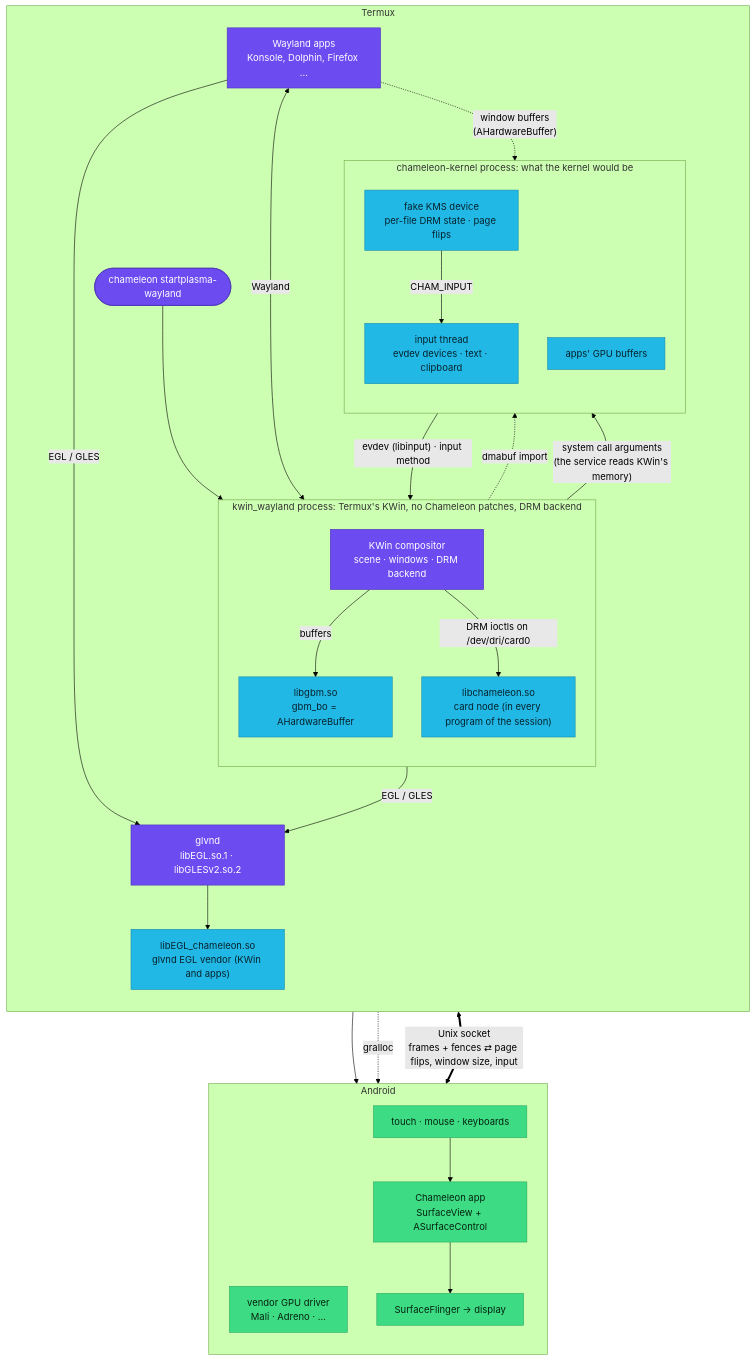
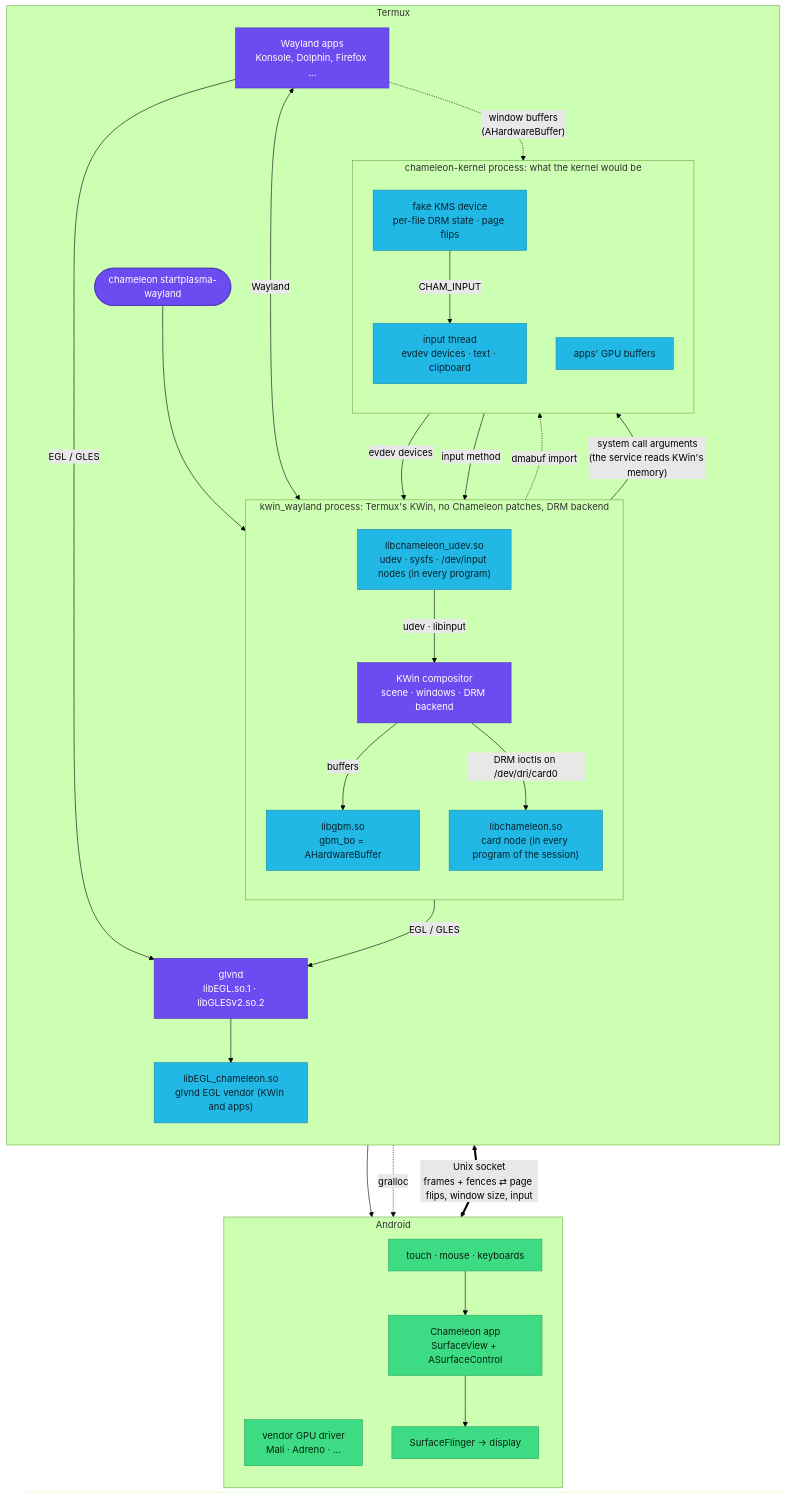
The first of 4 diagrams in README.md (HarryL0L/Project-Chameleon), drawn with Mermaid (forest theme) before and after one commit. The commit also changed other lines of this file, not shown here.

````diff
--- a/README.md
+++ b/README.md
@@ -44,53 +44,55 @@
 ```mermaid
 flowchart TB
     subgraph T["Termux"]
         direction TB
         CMD(["chameleon startplasma-wayland"])
         APPS["Wayland apps<br/>Konsole, Dolphin, Firefox …"]
         subgraph K["kwin_wayland process: Termux's KWin, no Chameleon patches, DRM backend"]
             direction TB
             CORE["KWin compositor<br/>scene · windows · DRM backend"]
             GBM["libgbm.so<br/>gbm_bo = AHardwareBuffer"]
             NODE["libchameleon.so<br/>card node (in every program of the session)"]
+            UDEV["libchameleon_udev.so<br/>udev · sysfs · /dev/input nodes (in every program)"]
         end
         subgraph KS["chameleon-kernel process: what the kernel would be"]
             direction TB
             KMS["fake KMS device<br/>per-file DRM state · page flips"]
             INP["input thread<br/>evdev devices · text · clipboard"]
             REG["apps' GPU buffers"]
         end
         GLVND["glvnd<br/>libEGL.so.1 · libGLESv2.so.2"]
         VEND["libEGL_chameleon.so<br/>glvnd EGL vendor (KWin and apps)"]
     end
 
     subgraph A["Android"]
         direction TB
         DRV["vendor GPU driver<br/>Mali · Adreno · …"]
         APP["Chameleon app<br/>SurfaceView + ASurfaceControl"]
         SF["SurfaceFlinger → display"]
         TOUCH["touch · mouse · keyboards"]
     end
 
     CMD --> CORE
     APPS <-->|Wayland| CORE
     APPS -->|EGL / GLES| GLVND
     APPS -.->|"window buffers<br/>(AHardwareBuffer)"| REG
     NODE -.->|"dmabuf import"| REG
     CORE -->|EGL / GLES| GLVND --> VEND --> DRV
     CORE -->|buffers| GBM
     GBM -.->|gralloc| DRV
     CORE -->|"DRM ioctls on /dev/dri/card0"| NODE
     NODE -->|"system call arguments<br/>(the service reads KWin's memory)"| KMS
     KMS <==>|"Unix socket<br/>frames + fences ⇄ page flips, window size, input"| APP
     APP --> SF
     TOUCH --> APP
     KMS -->|CHAM_INPUT| INP
-    INP -->|"evdev (libinput) · input method"| CORE
+    INP -->|"evdev devices"| UDEV -->|"udev · libinput"| CORE
+    INP -->|"input method"| CORE
 
     classDef kwin fill:#6C4CF1,stroke:#4b32b8,color:#fff
     classDef shim fill:#22B8E6,stroke:#1789ad,color:#06222c
     classDef android fill:#3DDC84,stroke:#2aa862,color:#06220f
-    class KMS,GBM,VEND,INP,NODE,REG shim
+    class KMS,GBM,VEND,INP,NODE,UDEV,REG shim
     class CORE,GLVND,APPS,CMD kwin
     class DRV,APP,SF,TOUCH android
 ```
````
